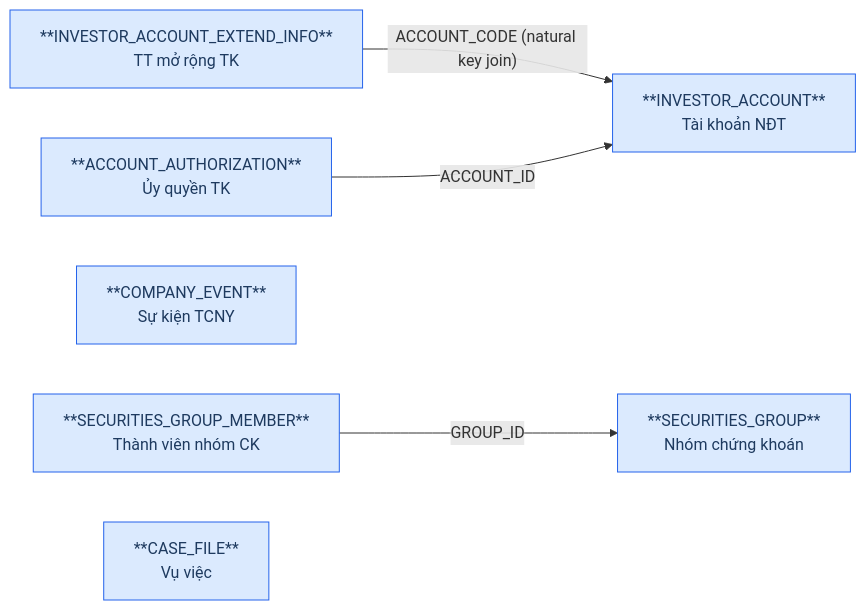
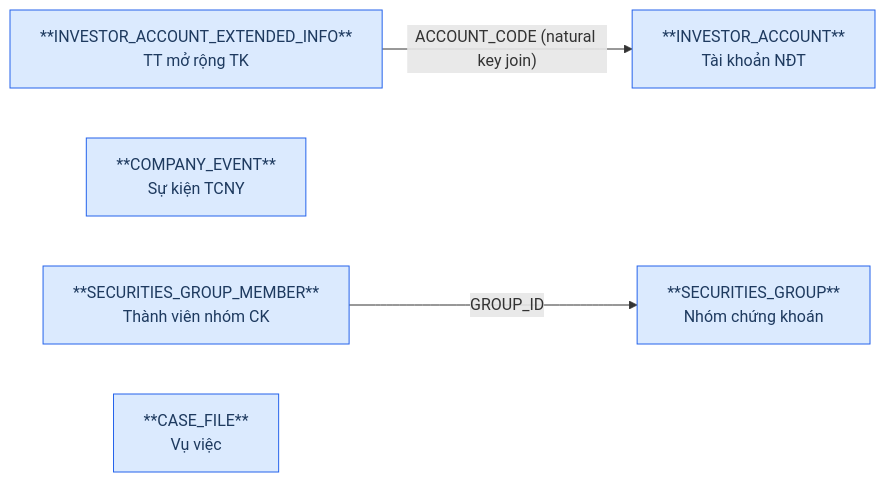
Before and after one commit to linhlvit/ubck_atomic_design: the first of 2 diagrams in DataModel/working/Atomic/hld/GSGD_HLD_Tier1.md, drawn with Mermaid. The commit also changed other lines of this file and 8 other files, not shown here.

````diff
--- a/DataModel/working/Atomic/hld/GSGD_HLD_Tier1.md
+++ b/DataModel/working/Atomic/hld/GSGD_HLD_Tier1.md
@@ -26,16 +27,14 @@
 ```mermaid
 graph LR
     classDef src fill:#dbeafe,stroke:#2563eb,color:#1e3a5f
 
     INVESTOR_ACCOUNT["**INVESTOR_ACCOUNT**\nTài khoản NĐT"]:::src
-    INVESTOR_ACCOUNT_EXTEND_INFO["**INVESTOR_ACCOUNT_EXTEND_INFO**\nTT mở rộng TK"]:::src
-    ACCOUNT_AUTHORIZATION["**ACCOUNT_AUTHORIZATION**\nỦy quyền TK"]:::src
+    INVESTOR_ACCOUNT_EXTENDED_INFO["**INVESTOR_ACCOUNT_EXTENDED_INFO**\nTT mở rộng TK"]:::src
     COMPANY_EVENT["**COMPANY_EVENT**\nSự kiện TCNY"]:::src
     SECURITIES_GROUP["**SECURITIES_GROUP**\nNhóm chứng khoán"]:::src
     SECURITIES_GROUP_MEMBER["**SECURITIES_GROUP_MEMBER**\nThành viên nhóm CK"]:::src
     CASE_FILE["**CASE_FILE**\nVụ việc"]:::src
 
-    INVESTOR_ACCOUNT_EXTEND_INFO -->|"ACCOUNT_CODE (natural key join)"| INVESTOR_ACCOUNT
-    ACCOUNT_AUTHORIZATION -->|"ACCOUNT_ID"| INVESTOR_ACCOUNT
+    INVESTOR_ACCOUNT_EXTENDED_INFO -->|"ACCOUNT_CODE (natural key join)"| INVESTOR_ACCOUNT
     SECURITIES_GROUP_MEMBER -->|"GROUP_ID"| SECURITIES_GROUP
 ```
````
